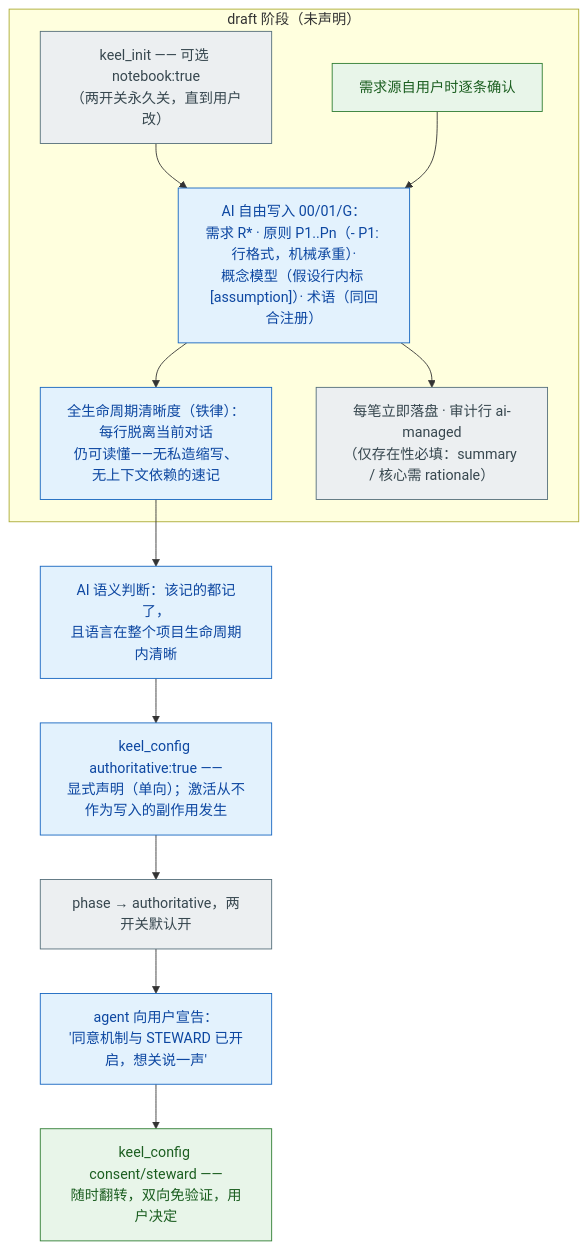
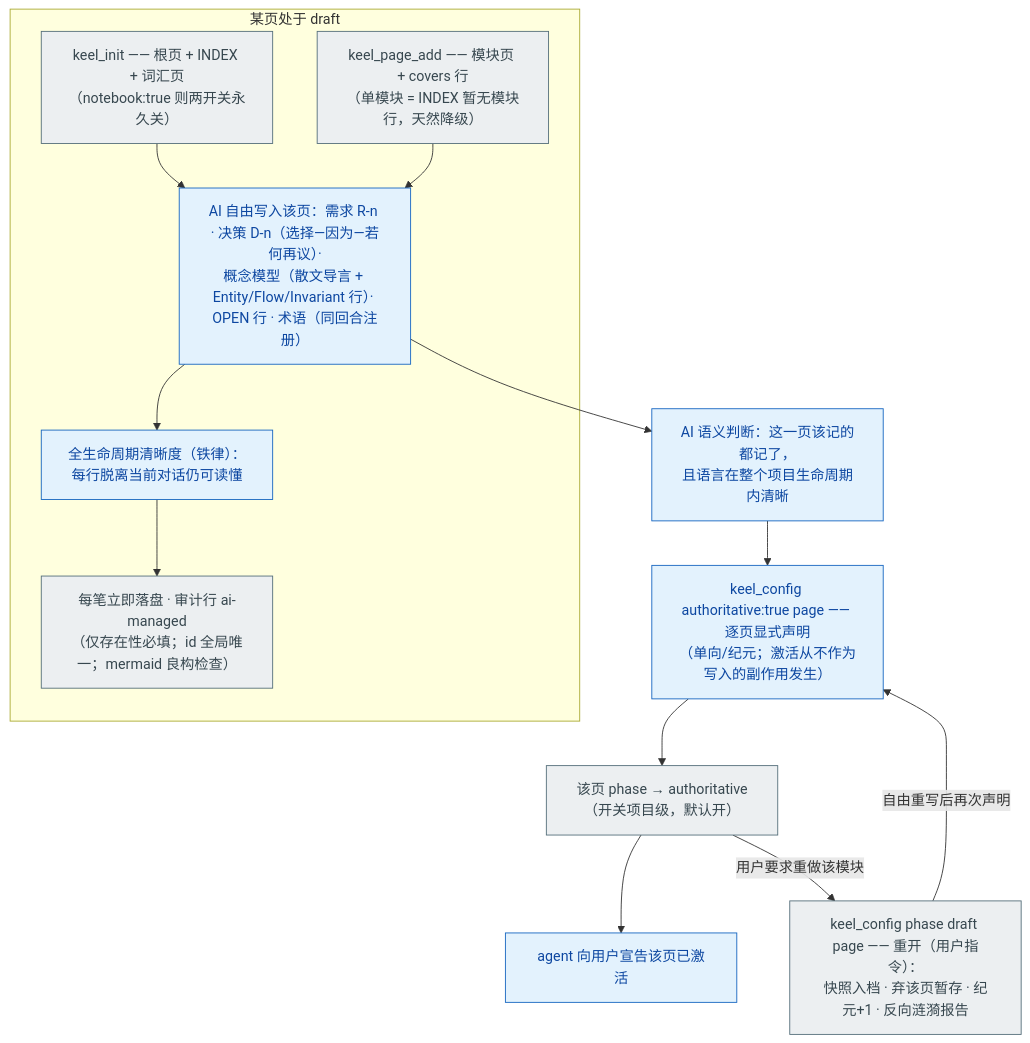
The third of 9 diagrams in docs/MENTAL-MODEL.md (maxi3777/Keel), drawn with Mermaid before and after one commit. The commit also changed other lines of this file and 15 other files, not shown here.

````diff
--- a/docs/MENTAL-MODEL.md
+++ b/docs/MENTAL-MODEL.md
@@ -84,25 +85,25 @@
 ```mermaid
 flowchart TD
-    subgraph D["draft 阶段（未声明）"]
-    INIT["keel_init —— 可选 notebook:true<br/>（两开关永久关，直到用户改）"]:::mech
-    FREE["AI 自由写入 00/01/G：<br/>需求 R* · 原则 P1..Pn（- P1: 行格式，机械承重）·<br/>概念模型（假设行内标 [assumption]）· 术语（同回合注册）"]:::ai
-    CLEAR["全生命周期清晰度（铁律）：每行脱离当前对话<br/>仍可读懂——无私造缩写、无上下文依赖的速记"]:::ai
-    LOGD["每笔立即落盘 · 审计行 ai-managed<br/>（仅存在性必填：summary / 核心需 rationale）"]:::mech
-    CONF["需求源自用户时逐条确认"]:::human
+    subgraph D["某页处于 draft"]
+    INIT["keel_init —— 根页 + INDEX + 词汇页<br/>（notebook:true 则两开关永久关）"]:::mech
+    PADD["keel_page_add —— 模块页 + covers 行<br/>（单模块 = INDEX 暂无模块行，天然降级）"]:::mech
+    FREE["AI 自由写入该页：需求 R-n · 决策 D-n（选择—因为—若何再议）·<br/>概念模型（散文导言 + Entity/Flow/Invariant 行）· OPEN 行 · 术语（同回合注册）"]:::ai
+    CLEAR["全生命周期清晰度（铁律）：每行脱离当前对话仍可读懂"]:::ai
+    LOGD["每笔立即落盘 · 审计行 ai-managed<br/>（仅存在性必填；id 全局唯一；mermaid 良构检查）"]:::mech
     end
-    JUDGE["AI 语义判断：该记的都记了，<br/>且语言在整个项目生命周期内清晰"]:::ai
-    DECLARE["keel_config authoritative:true ——<br/>显式声明（单向）；激活从不作为写入的副作用发生"]:::ai
-    ACT["phase → authoritative，两开关默认开"]:::mech
-    TELL["agent 向用户宣告：<br/>'同意机制与 STEWARD 已开启，想关说一声'"]:::ai
-    SW["keel_config consent/steward ——<br/>随时翻转，双向免验证，用户决定"]:::human
+    JUDGE["AI 语义判断：这一页该记的都记了，<br/>且语言在整个项目生命周期内清晰"]:::ai
+    DECLARE["keel_config authoritative:true page —— 逐页显式声明<br/>（单向/纪元；激活从不作为写入的副作用发生）"]:::ai
+    ACT["该页 phase → authoritative（开关项目级，默认开）"]:::mech
+    TELL["agent 向用户宣告该页已激活"]:::ai
+    REOPEN["keel_config phase draft page —— 重开（用户指令）：<br/>快照入档 · 弃该页暂存 · 纪元+1 · 反向涟漪报告"]:::mech
 
-    INIT --> FREE --> LOGD
-    CONF --> FREE
-    FREE --> CLEAR
-    CLEAR --> JUDGE
-    JUDGE --> DECLARE --> ACT --> TELL
-    TELL --> SW
+    INIT --> FREE
+    PADD --> FREE
+    FREE --> CLEAR --> LOGD
+    FREE --> JUDGE --> DECLARE --> ACT --> TELL
+    ACT -->|"用户要求重做该模块"| REOPEN
+    REOPEN -->|"自由重写后再次声明"| DECLARE
     classDef human fill:#e8f5e9,stroke:#2e7d32,color:#1b5e20
     classDef ai fill:#e3f2fd,stroke:#1565c0,color:#0d47a1
     classDef mech fill:#eceff1,stroke:#546e7a,color:#37474f
 ```
````
